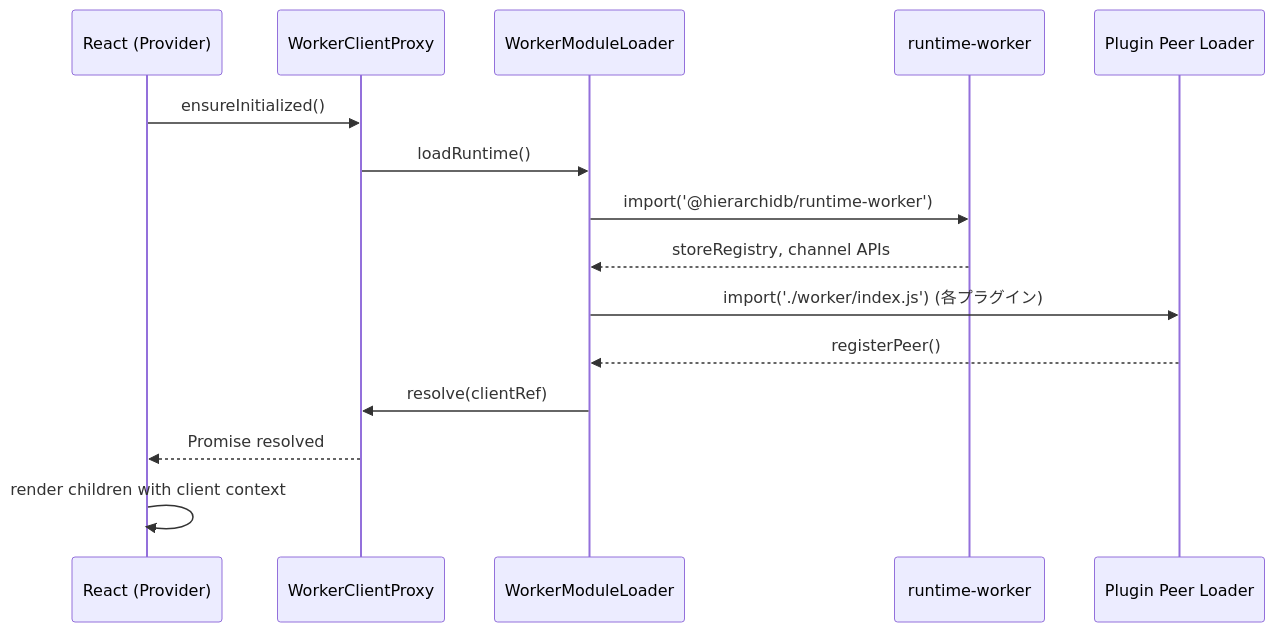
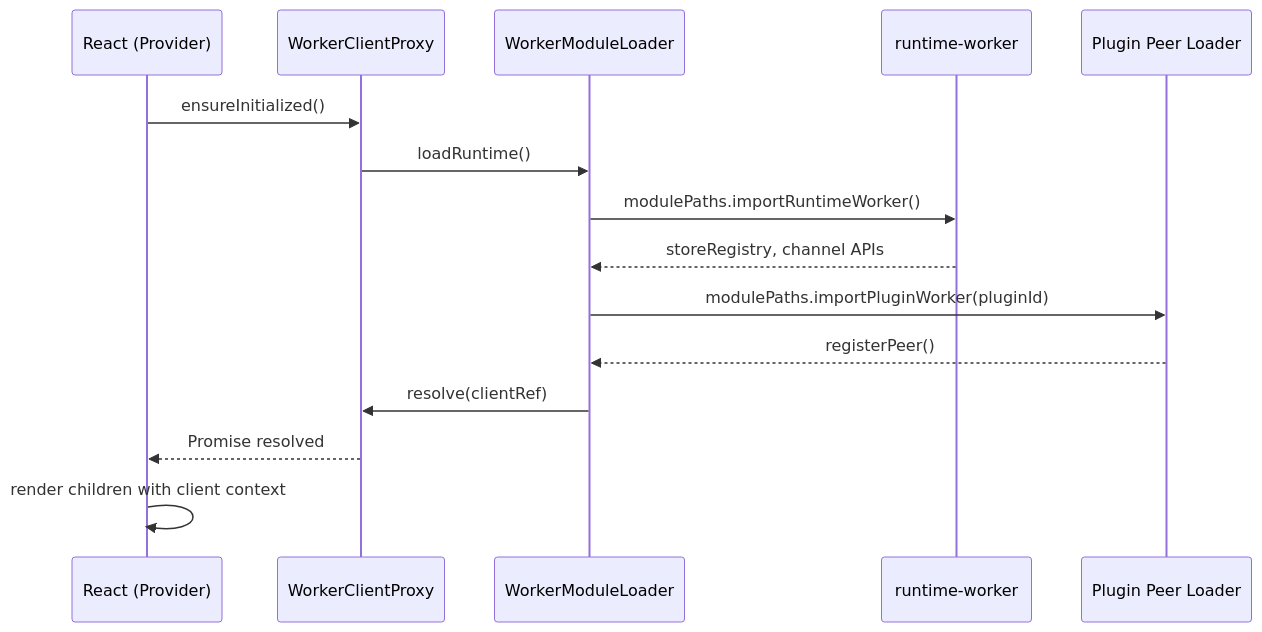
Before and after one commit to kubohiroya/hierarchidb: the third of 7 diagrams in docs/design/worker-dynamic-import-architecture.md, drawn with Mermaid. The commit also changed other lines of this file and 28 other files, not shown here.

````diff
--- a/docs/design/worker-dynamic-import-architecture.md
+++ b/docs/design/worker-dynamic-import-architecture.md
@@ -97,18 +96,18 @@
 ```mermaid
 sequenceDiagram
     participant UI as React (Provider)
     participant Proxy as WorkerClientProxy
     participant Loader as WorkerModuleLoader
     participant Runtime as runtime-worker
     participant Plugin as Plugin Peer Loader
 
     UI->>Proxy: ensureInitialized()
     Proxy->>Loader: loadRuntime()
-    Loader->>Runtime: import('@hierarchidb/runtime-worker')
+    Loader->>Runtime: modulePaths.importRuntimeWorker()
     Runtime-->>Loader: storeRegistry, channel APIs
-    Loader->>Plugin: import('./worker/index.js') (各プラグイン)
+    Loader->>Plugin: modulePaths.importPluginWorker(pluginId)
     Plugin-->>Loader: registerPeer()
     Loader->>Proxy: resolve(clientRef)
     Proxy-->>UI: Promise resolved
     UI->>UI: render children with client context
 ```
````
